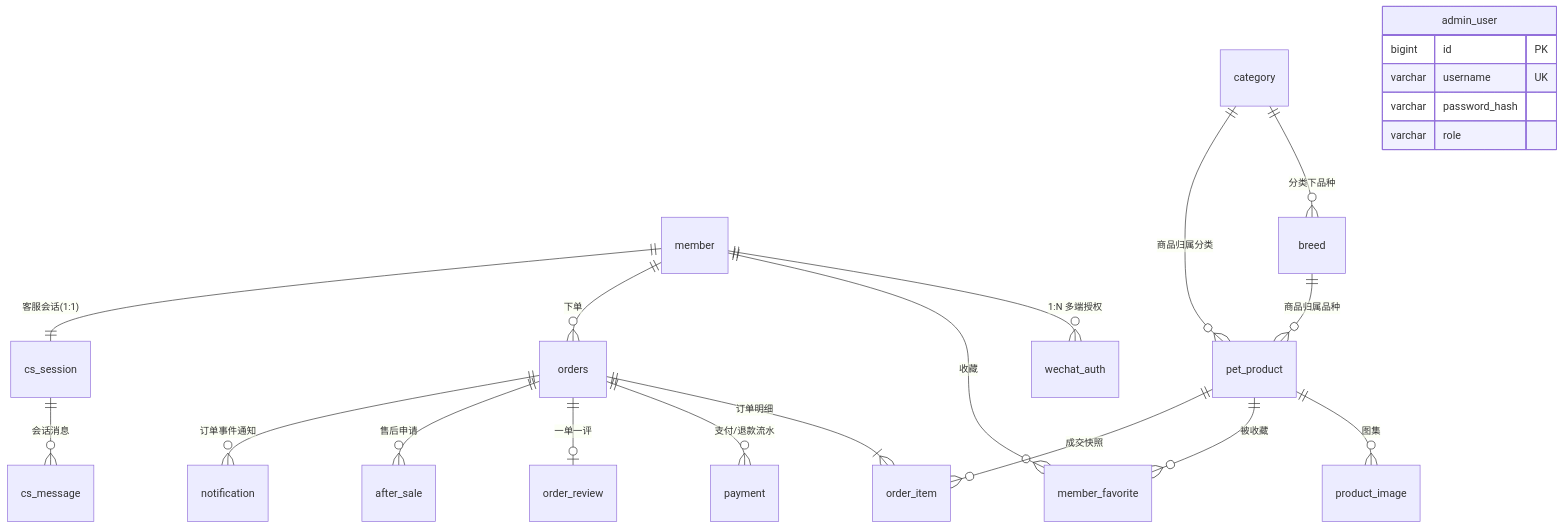
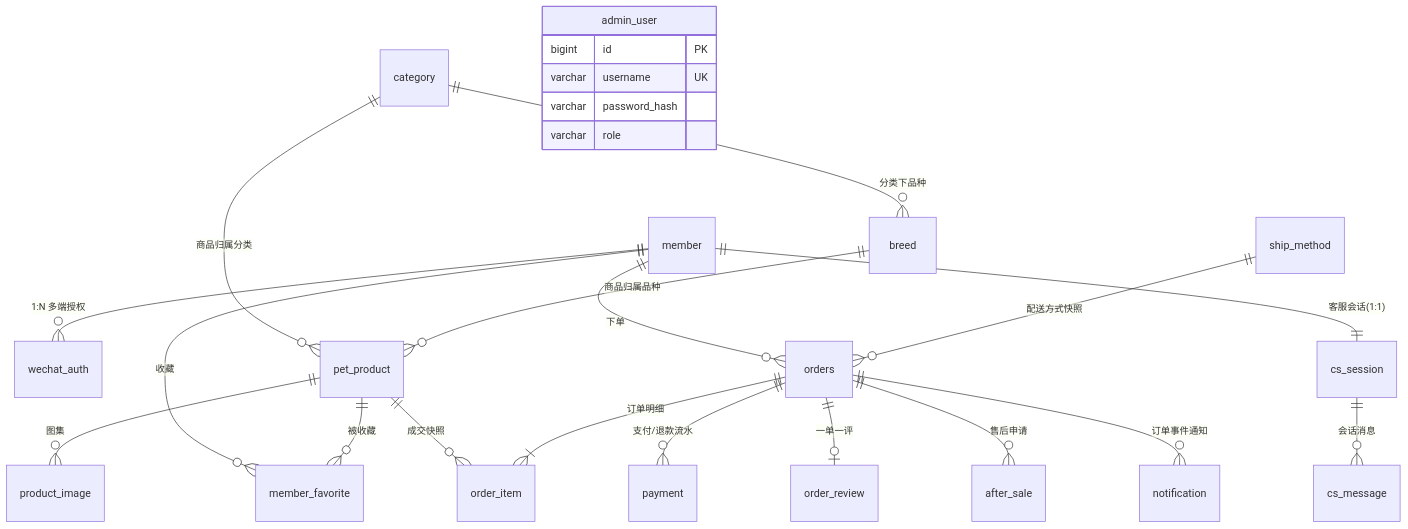
The diagram in docs/03-数据库设计.md (zhangtangzhao/pet-web), drawn with Mermaid before and after one commit. The commit also changed other lines of this file and 36 other files, not shown here.

````diff
--- a/docs/03-数据库设计.md
+++ b/docs/03-数据库设计.md
@@ -19,28 +19,29 @@
 ```mermaid
 erDiagram
     member ||--o{ wechat_auth : "1:N 多端授权"
     member ||--o{ member_favorite : "收藏"
     member ||--o{ orders : "下单"
     member ||--|| cs_session : "客服会话(1:1)"
 
     category ||--o{ breed : "分类下品种"
     category ||--o{ pet_product : "商品归属分类"
     breed ||--o{ pet_product : "商品归属品种"
     pet_product ||--o{ product_image : "图集"
     pet_product ||--o{ member_favorite : "被收藏"
     pet_product ||--o{ order_item : "成交快照"
 
     orders ||--|{ order_item : "订单明细"
     orders ||--o{ payment : "支付/退款流水"
     orders ||--o| order_review : "一单一评"
     orders ||--o{ after_sale : "售后申请"
     orders ||--o{ notification : "订单事件通知"
+    ship_method ||--o{ orders : "配送方式快照"
     cs_session ||--o{ cs_message : "会话消息"
 
     admin_user {
         bigint id PK
         varchar username UK
         varchar password_hash
         varchar role
     }
 ```
````
